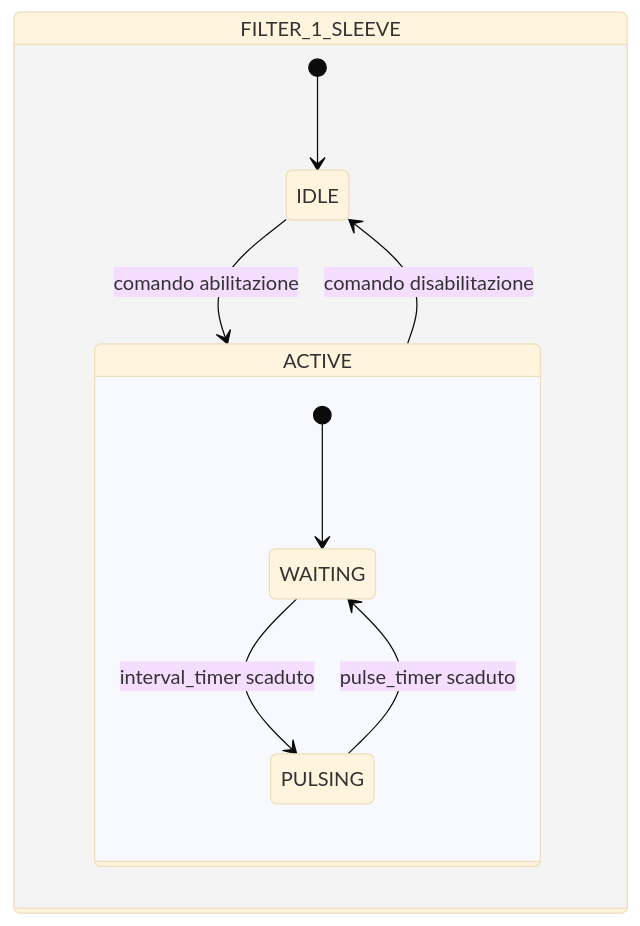
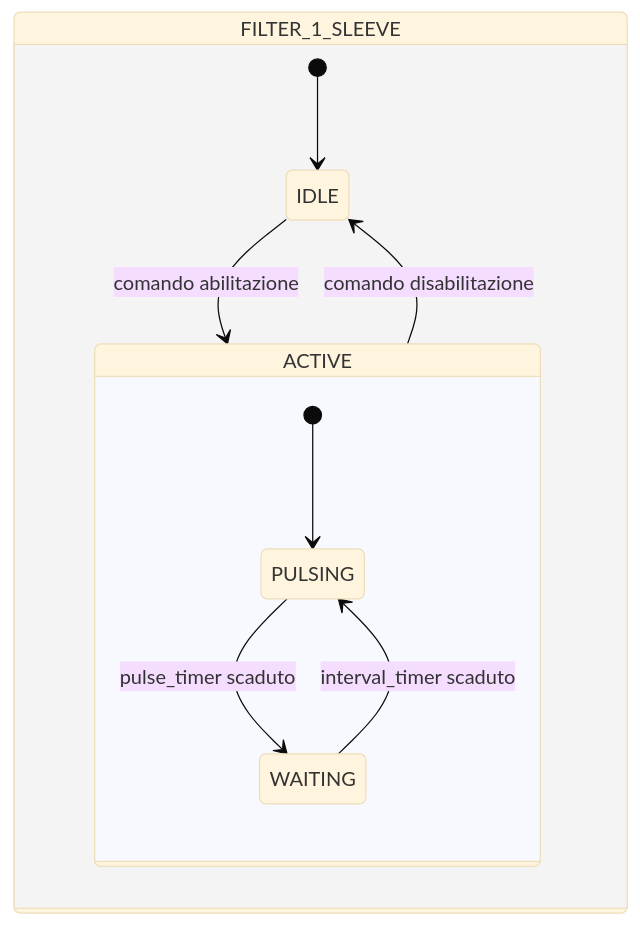
One commit to AleFire99/TIA_knowledge changed the second of 2 diagrams in docs/it/library/filters/1-sleeve/index.md. Above: the diagram before and after it, drawn with Mermaid (base theme). The commit also changed other lines of this file and 35 other files, not shown here.

````diff
--- a/docs/it/library/filters/1-sleeve/index.md
+++ b/docs/it/library/filters/1-sleeve/index.md
@@ -88,14 +88,14 @@
 ```mermaid
 stateDiagram-v2
 state FILTER_1_SLEEVE{
     [*] --> IDLE
     IDLE --> ACTIVE : comando abilitazione
     ACTIVE --> IDLE : comando disabilitazione
 
     state ACTIVE {
-        [*] --> WAITING
+        [*] --> PULSING
+        PULSING --> WAITING : pulse_timer scaduto
         WAITING --> PULSING : interval_timer scaduto
-        PULSING --> WAITING : pulse_timer scaduto
     }
 }
 ```
````
